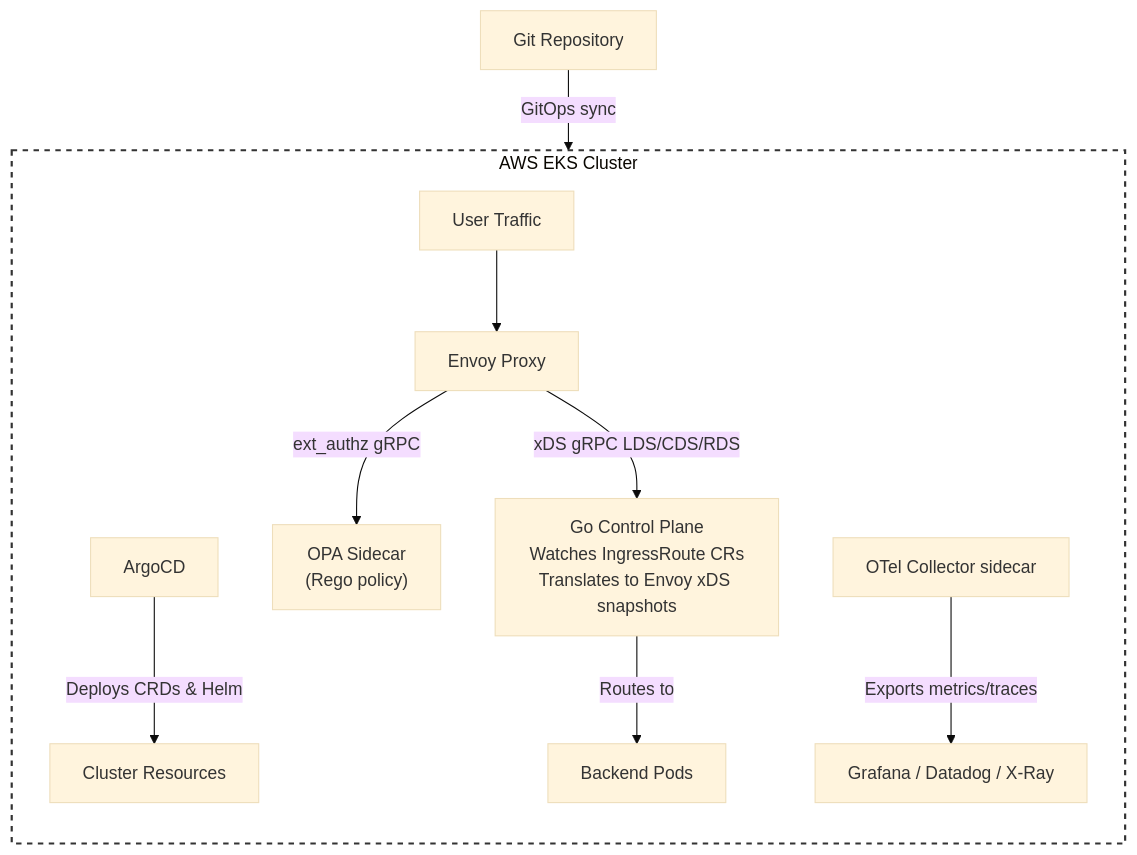
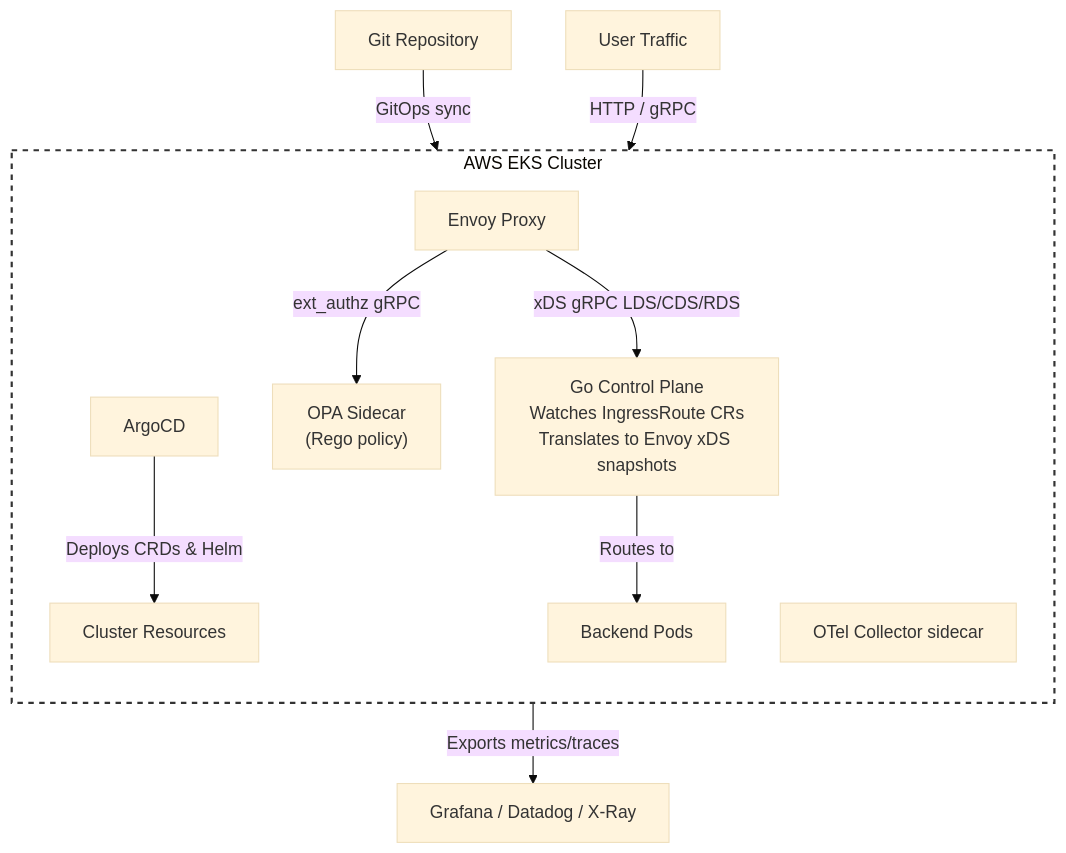
One commit to Jolaboy/ingress-control-plane-engine changed the diagram in README.md. Above: the diagram before and after it, drawn with Mermaid (base theme).

Commit message:
docs: adjusted the Mermaid diagram.

````diff
--- a/README.md
+++ b/README.md
@@ -8,21 +8,32 @@
 ```mermaid
 flowchart TD
-    Git["Git Repository"] -->|GitOps sync| ArgoCD["ArgoCD"]
-    
+    %% External Entities
+    Git["Git Repository"]
+    Traffic["User Traffic"]
+    Observability["Grafana / Datadog / X-Ray"]
+
     subgraph EKS ["AWS EKS Cluster"]
         direction TB
         
-        ArgoCD -->|Deploys CRDs & Helm| CP_Space["Cluster Resources"]
+        ArgoCD["ArgoCD"]
+        CP_Space["Cluster Resources"]
+        Envoy["Envoy Proxy"]
+        OPA["OPA Sidecar<br>(Rego policy)"]
+        GoControl["Go Control Plane<br>Watches IngressRoute CRs<br>Translates to Envoy xDS snapshots"]
+        Backend["Backend Pods"]
+        OTel["OTel Collector sidecar"]
         
-        Traffic["User Traffic"] --> Envoy["Envoy Proxy"]
-        
-        Envoy -->|ext_authz gRPC| OPA["OPA Sidecar<br>(Rego policy)"]
-        Envoy -->|xDS gRPC LDS/CDS/RDS| GoControl["Go Control Plane<br>Watches IngressRoute CRs<br>Translates to Envoy xDS snapshots"]
-        
-        GoControl -->|Routes to| Backend["Backend Pods"]
-        
-        OTel["OTel Collector sidecar"] -->|Exports metrics/traces| Observability["Grafana / Datadog / X-Ray"]
+        %% Internal Cluster Connections
+        ArgoCD -->|Deploys CRDs & Helm| CP_Space
+        Envoy -->|ext_authz gRPC| OPA
+        Envoy -->|xDS gRPC LDS/CDS/RDS| GoControl
+        GoControl -->|Routes to| Backend
     end
+    
+    %% External to Internal Connections (Defined last to fix arrow breaking)
+    Git -->|GitOps sync| ArgoCD
+    Traffic -->|HTTP / gRPC| Envoy
+    OTel -->|Exports metrics/traces| Observability
     
     style EKS fill:transparent,stroke:#333,stroke-width:2px,stroke-dasharray: 5 5
 ```
````
